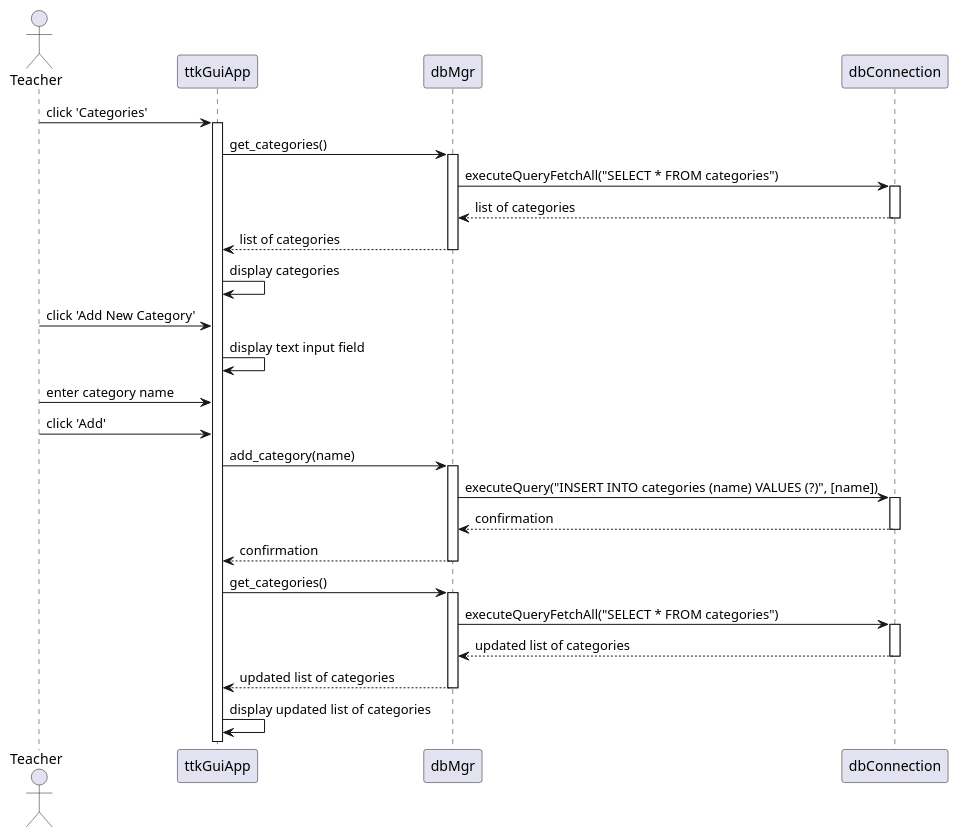
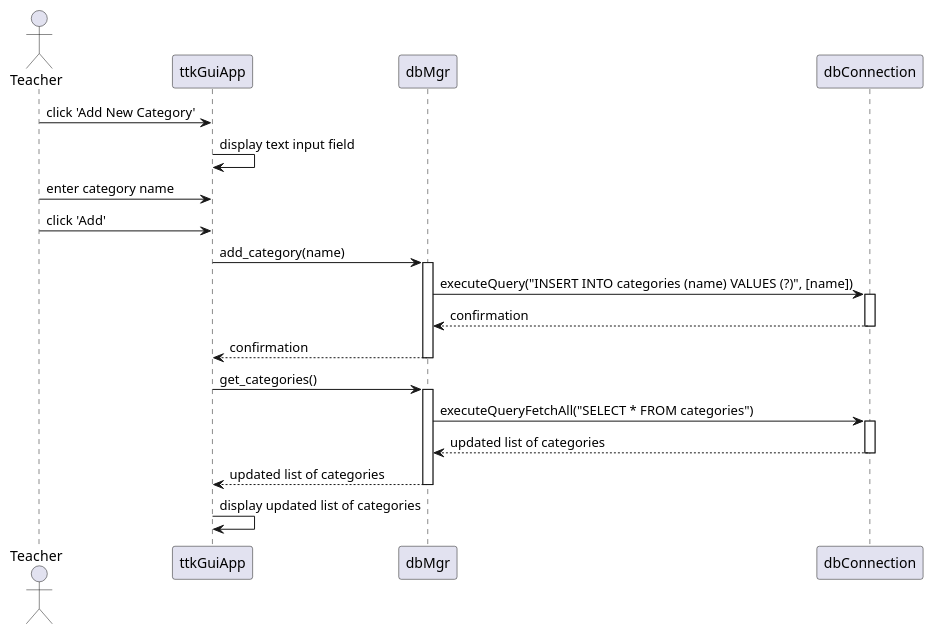
One commit to Kyle-Meyer/TrivialCompute changed the diagram in UML/usecase4.puml. Above: the diagram before and after it, drawn with PlantUML. The commit also changed 3 other files, not shown here.

Commit message:
UML updates from minimal demo

```diff
--- a/UML/usecase4.puml
+++ b/UML/usecase4.puml
@@ -3,57 +3,40 @@
 @startuml
 
 actor Teacher
 
 participant ttkGuiApp
 participant dbMgr
 participant dbConnection
-
-Teacher -> ttkGuiApp: click 'Categories'
-activate ttkGuiApp
-
-ttkGuiApp -> dbMgr: get_categories()
-activate dbMgr
-
-dbMgr -> dbConnection: executeQueryFetchAll("SELECT * FROM categories")
-activate dbConnection
-
-dbConnection --> dbMgr: list of categories
-deactivate dbConnection
-
-dbMgr --> ttkGuiApp: list of categories
-deactivate dbMgr
-
-ttkGuiApp -> ttkGuiApp: display categories
 
 Teacher -> ttkGuiApp: click 'Add New Category'
 ttkGuiApp -> ttkGuiApp: display text input field
 
 Teacher -> ttkGuiApp: enter category name
 Teacher -> ttkGuiApp: click 'Add'
 ttkGuiApp -> dbMgr: add_category(name)
 activate dbMgr
 
 dbMgr -> dbConnection: executeQuery("INSERT INTO categories (name) VALUES (?)", [name])
 activate dbConnection
 
 dbConnection --> dbMgr: confirmation
 deactivate dbConnection
 
 dbMgr --> ttkGuiApp: confirmation
 deactivate dbMgr
 
 ttkGuiApp -> dbMgr: get_categories()
 activate dbMgr
 
 dbMgr -> dbConnection: executeQueryFetchAll("SELECT * FROM categories")
 activate dbConnection
 
 dbConnection --> dbMgr: updated list of categories
 deactivate dbConnection
 
 dbMgr --> ttkGuiApp: updated list of categories
 deactivate dbMgr
 
 ttkGuiApp -> ttkGuiApp: display updated list of categories
 
 @enduml
```
